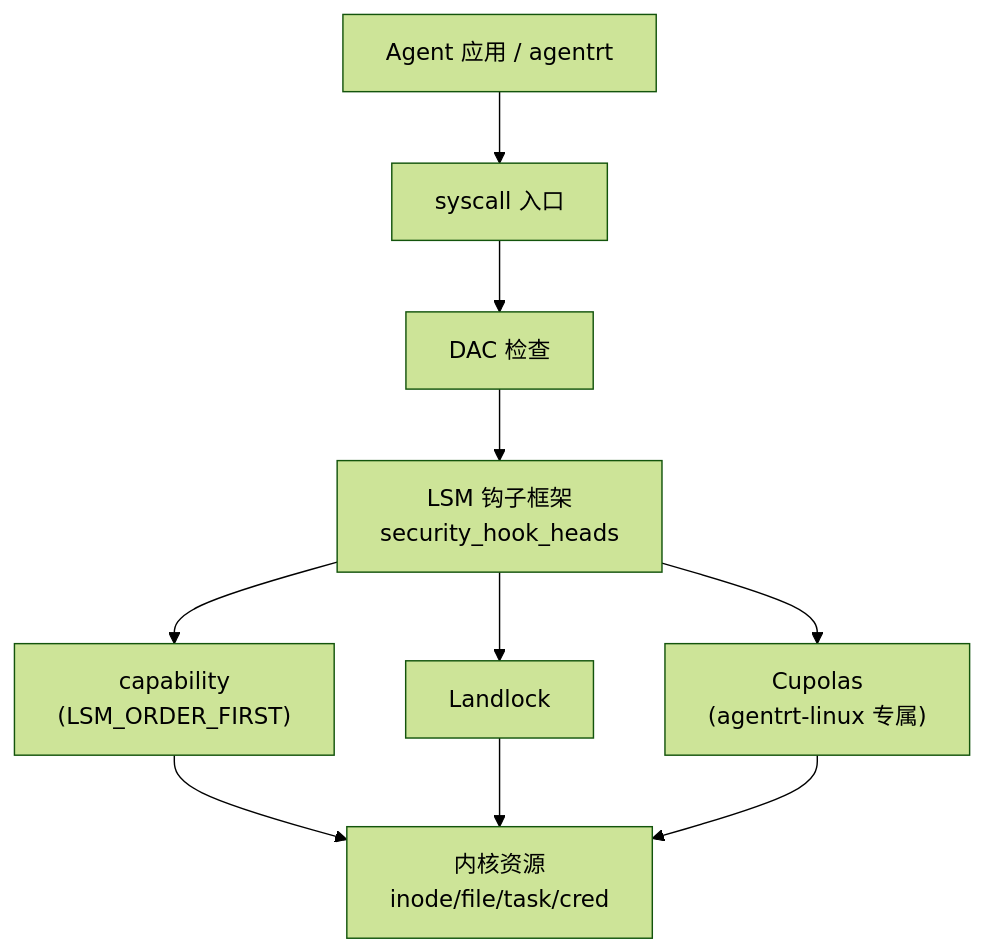
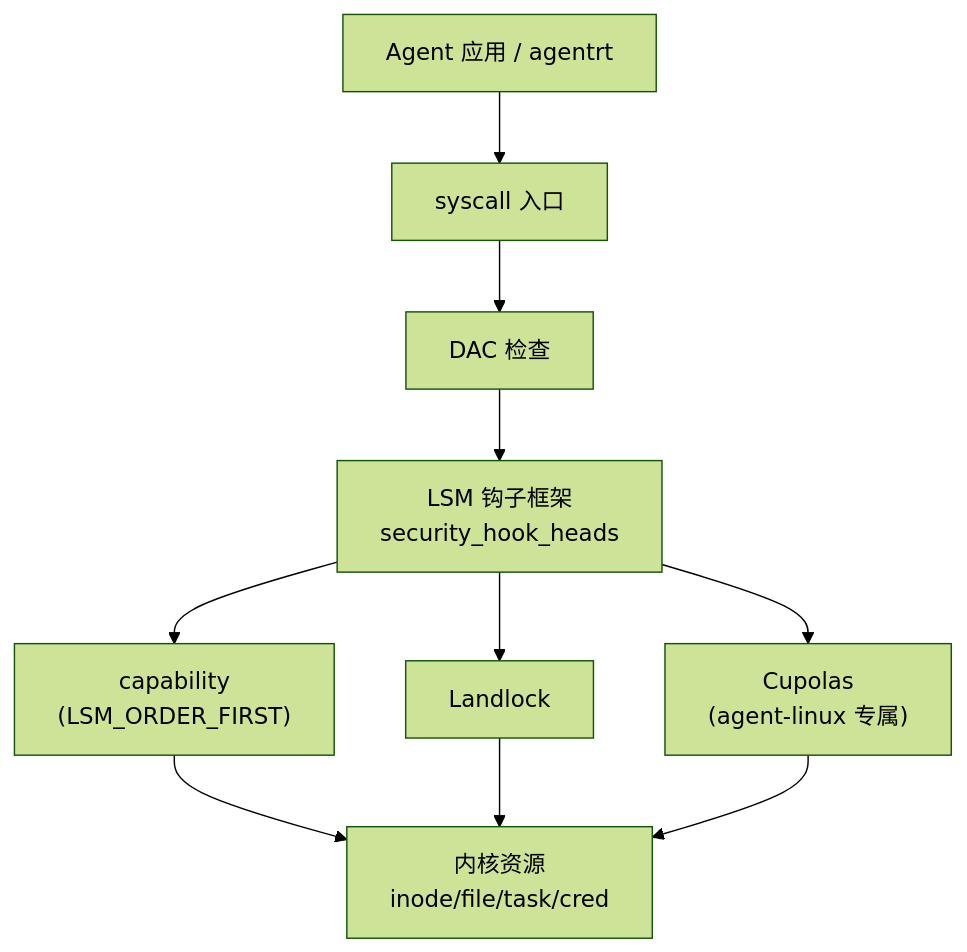
The first of 5 diagrams in 110-security/01-lsm-framework.md (openairymax/docs-linux), drawn with Mermaid (forest theme) before and after one commit. The commit also changed other lines of this file and 172 other files, not shown here.

Commit message:
docs: rename agentrt-linux to agent-linux across docs v0.1.3 双工程结构：agentrt-linux 改名 agent-linux。docs 全仓 186 个 文件中的 agentrt-linux 引用统一为 agent-linux（AirymaxOS 工程名/ URL/路径引用；commit hash 与历史不变）。

````diff
--- a/110-security/01-lsm-framework.md
+++ b/110-security/01-lsm-framework.md
@@ -67,12 +67,12 @@
 ```mermaid
 flowchart TB
     APP["Agent 应用 / agentrt"] --> SYSCALL["syscall 入口"]
     SYSCALL --> DAC["DAC 检查"]
     DAC --> LSM["LSM 钩子框架<br/>security_hook_heads"]
     LSM --> CAP["capability<br/>(LSM_ORDER_FIRST)"]
     LSM --> LANDLOCK["Landlock"]
-    LSM --> CUPOLAS["Cupolas<br/>(agentrt-linux 专属)"]
+    LSM --> CUPOLAS["Cupolas<br/>(agent-linux 专属)"]
     CAP --> KRES["内核资源<br/>inode/file/task/cred"]
     LANDLOCK --> KRES
     CUPOLAS --> KRES
 ```
````
